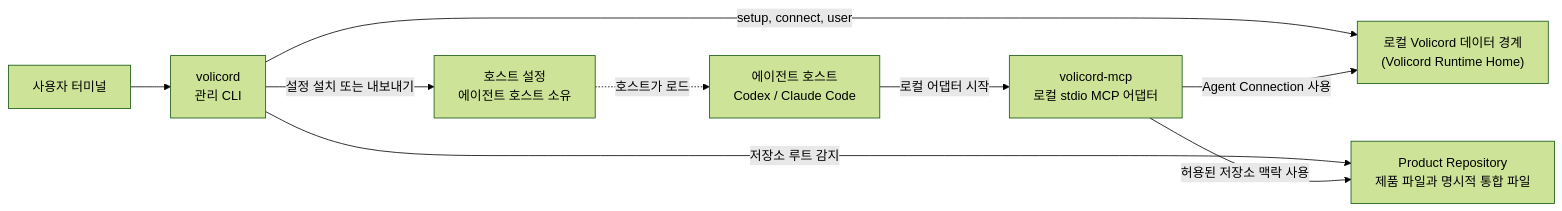
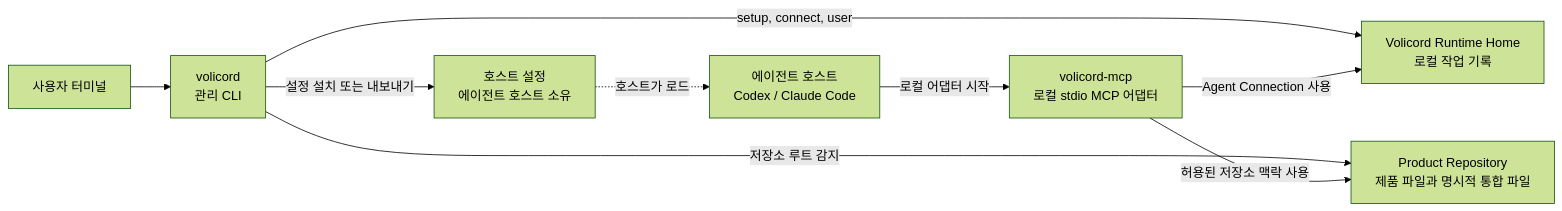
The second of 2 diagrams in README.ko.md (minjungw00/Volicord), drawn with Mermaid (forest theme) before and after one commit. The commit also changed other lines of this file and 11 other files, not shown here.

Commit message:
docs: naturalize diagram captions

````diff
--- a/README.ko.md
+++ b/README.ko.md
@@ -155,19 +154,19 @@
 ```mermaid
 flowchart LR
   terminal["사용자 터미널"]
   cli["volicord<br/>관리 CLI"]
   host["에이전트 호스트<br/>Codex / Claude Code"]
   adapter["volicord-mcp<br/>로컬 stdio MCP 어댑터"]
-  home["로컬 Volicord 데이터 경계<br/>(Volicord Runtime Home)"]
+  home["Volicord Runtime Home<br/>로컬 작업 기록"]
   repo["Product Repository<br/>제품 파일과 명시적 통합 파일"]
   config["호스트 설정<br/>에이전트 호스트 소유"]
 
   terminal --> cli
   cli -- "setup, connect, user" --> home
   cli -- "저장소 루트 감지" --> repo
   cli -- "설정 설치 또는 내보내기" --> config
   config -. "호스트가 로드" .-> host
   host -- "로컬 어댑터 시작" --> adapter
   adapter -- "Agent Connection 사용" --> home
   adapter -- "허용된 저장소 맥락 사용" --> repo
 ```
````
